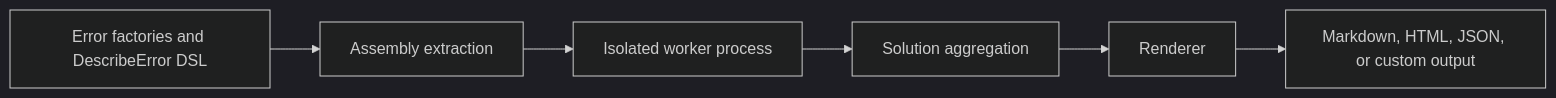
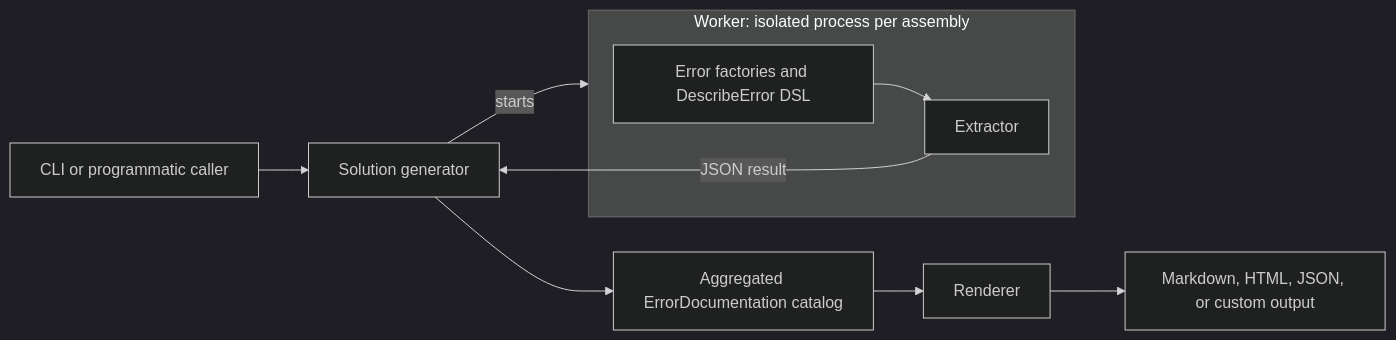
Before and after one commit to Reefact/first-class-errors: the diagram in doc/ArchitectureOfTheDocumentationPipeline.en.md, drawn with Mermaid (dark theme). The commit also changed other lines of this file and 1 other file, not shown here.

Commit message:
docs: fix the pipeline diagram so the worker wraps extraction
The overview diagram drew Factories -> Extraction -> Worker -> Aggregation,
which reads as "extract, then hand the result to a worker" — the inverse
of the worker's purpose. Verified against the code
(SolutionErrorDocumentationGenerator.RunWorker and the worker's Program.cs):
the generator starts one worker per assembly, the worker runs the
extractor on the application factories and serializes the result to JSON,
and the generator then aggregates and renders.

Redraw with the extractor inside a worker subgraph, a control edge
(generator starts worker) and a data edge (worker returns JSON), and the
CLI upstream so the diagram matches the responsibilities table. Validated
that both language diagrams parse as Mermaid.

Also: name a "source" as an application source (a domain type or
component), state that the aggregated catalog is the format-independent
intermediate representation, and sharpen the wording on examples invoking
the real factories.

````diff
--- a/doc/ArchitectureOfTheDocumentationPipeline.en.md
+++ b/doc/ArchitectureOfTheDocumentationPipeline.en.md
@@ -10,15 +10,22 @@
 ```mermaid
 flowchart LR
-    A[Error factories and DescribeError DSL]
-    B[Assembly extraction]
-    C[Isolated worker process]
-    D[Solution aggregation]
+    CLI[CLI or programmatic caller]
+    G[Solution generator]
+
+    subgraph W[Worker: isolated process per assembly]
+        A[Error factories and DescribeError DSL]
+        X[Extractor]
+        A --> X
+    end
+
+    D[Aggregated ErrorDocumentation catalog]
     E[Renderer]
     F[Markdown, HTML, JSON, or custom output]
 
-    A --> B
-    B --> C
-    C --> D
+    CLI --> G
+    G -->|starts| W
+    X -->|JSON result| G
+    G --> D
     D --> E
     E --> F
 ```
````
